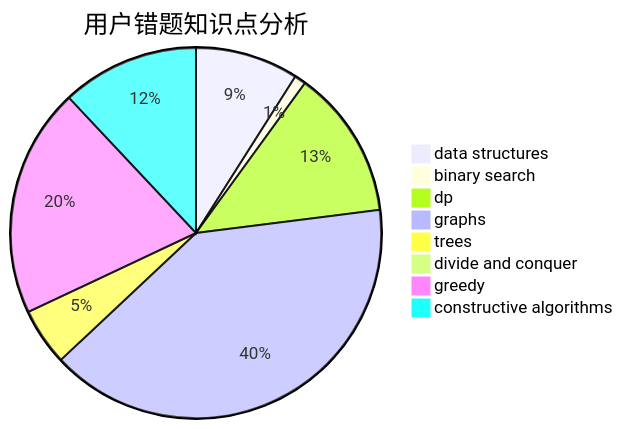
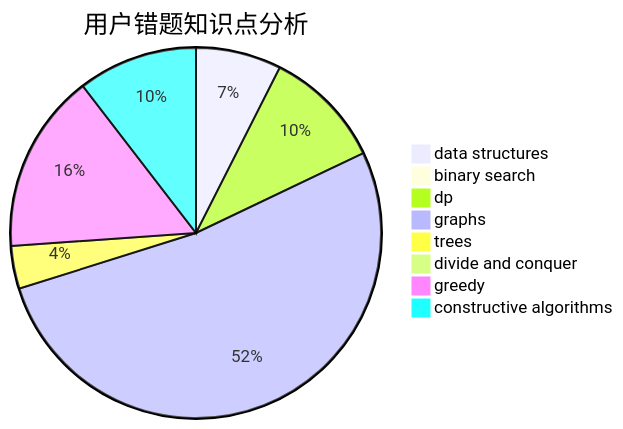
One commit to sherpahu/cfrs.github.io changed the third of 3 diagrams in docs/user/u2478.md. Above: the diagram before and after it, drawn with Mermaid. The commit also changed other lines of this file and 2770 other files, not shown here.

````diff
--- a/docs/user/u2478.md
+++ b/docs/user/u2478.md
@@ -36,11 +36,11 @@
 ```mermaid
 pie title 用户错题知识点分析
-    "data structures" :  9
+    "data structures" :  10
     "binary search" :  1
-    "dp" :  13
-    "graphs" :  40
+    "dp" :  14
+    "graphs" :  70
     "trees" :  5
     "divide and conquer" :  0
-    "greedy" :  20
-    "constructive algorithms" :  12
+    "greedy" :  21
+    "constructive algorithms" :  14
 ```
````
